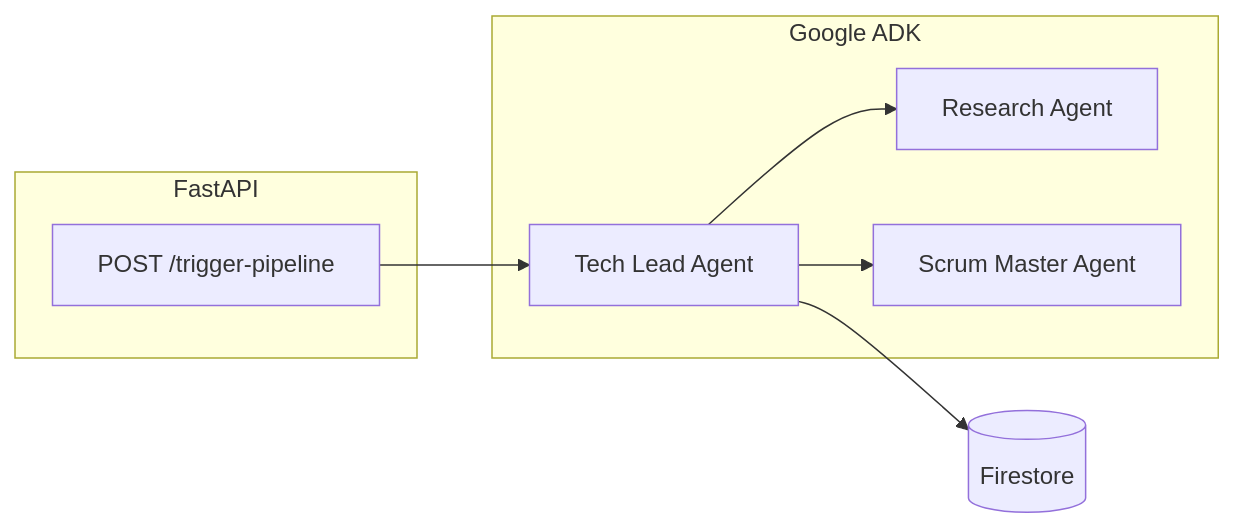
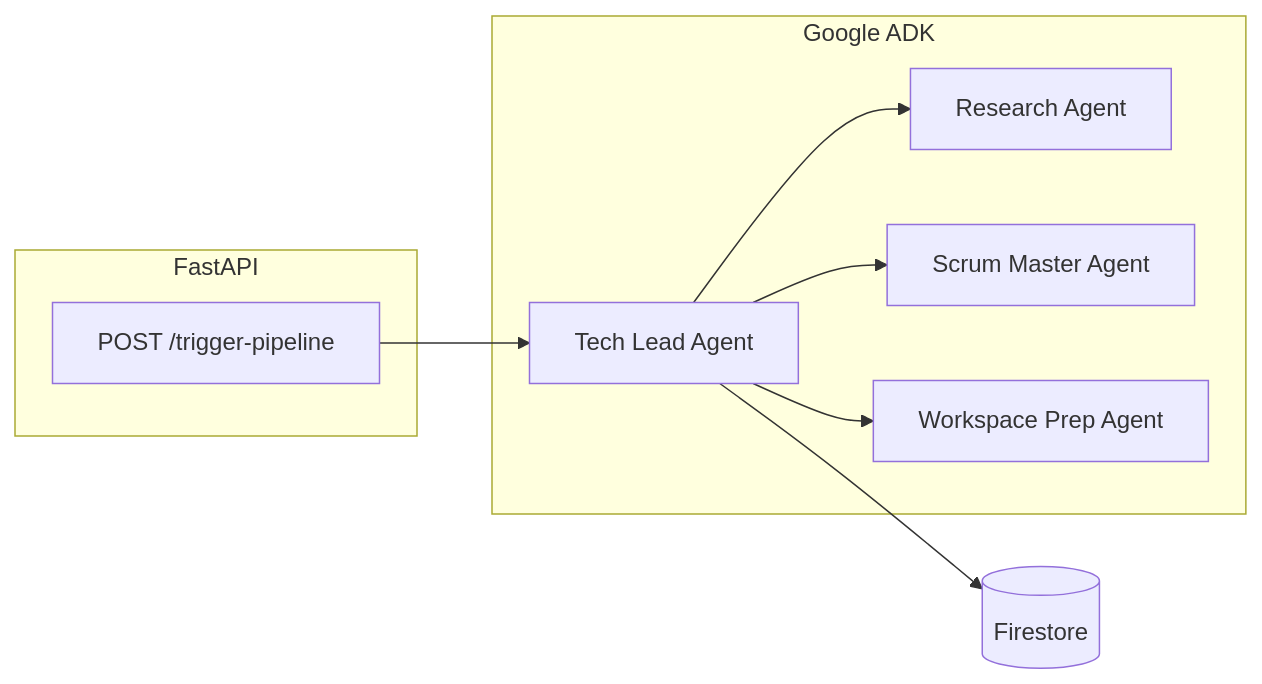
Before and after one commit to FANGxPC/autonomous-rnd-system: the diagram in README.md, drawn with Mermaid. The commit also changed other lines of this file and 8 other files, not shown here.

````diff
--- a/README.md
+++ b/README.md
@@ -16,16 +16,18 @@
 ```mermaid
 flowchart LR
   subgraph api [FastAPI]
     P["POST /trigger-pipeline"]
   end
   subgraph adk [Google ADK]
     TL[Tech Lead Agent]
     R[Research Agent]
     S[Scrum Master Agent]
+    W[Workspace Prep Agent]
   end
   FS[(Firestore)]
   P --> TL
   TL --> FS
   TL --> R
   TL --> S
+  TL --> W
 ```
````
